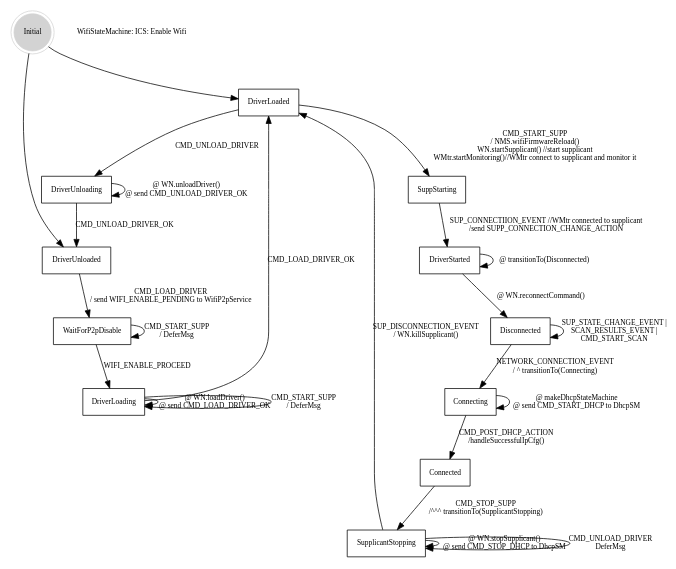
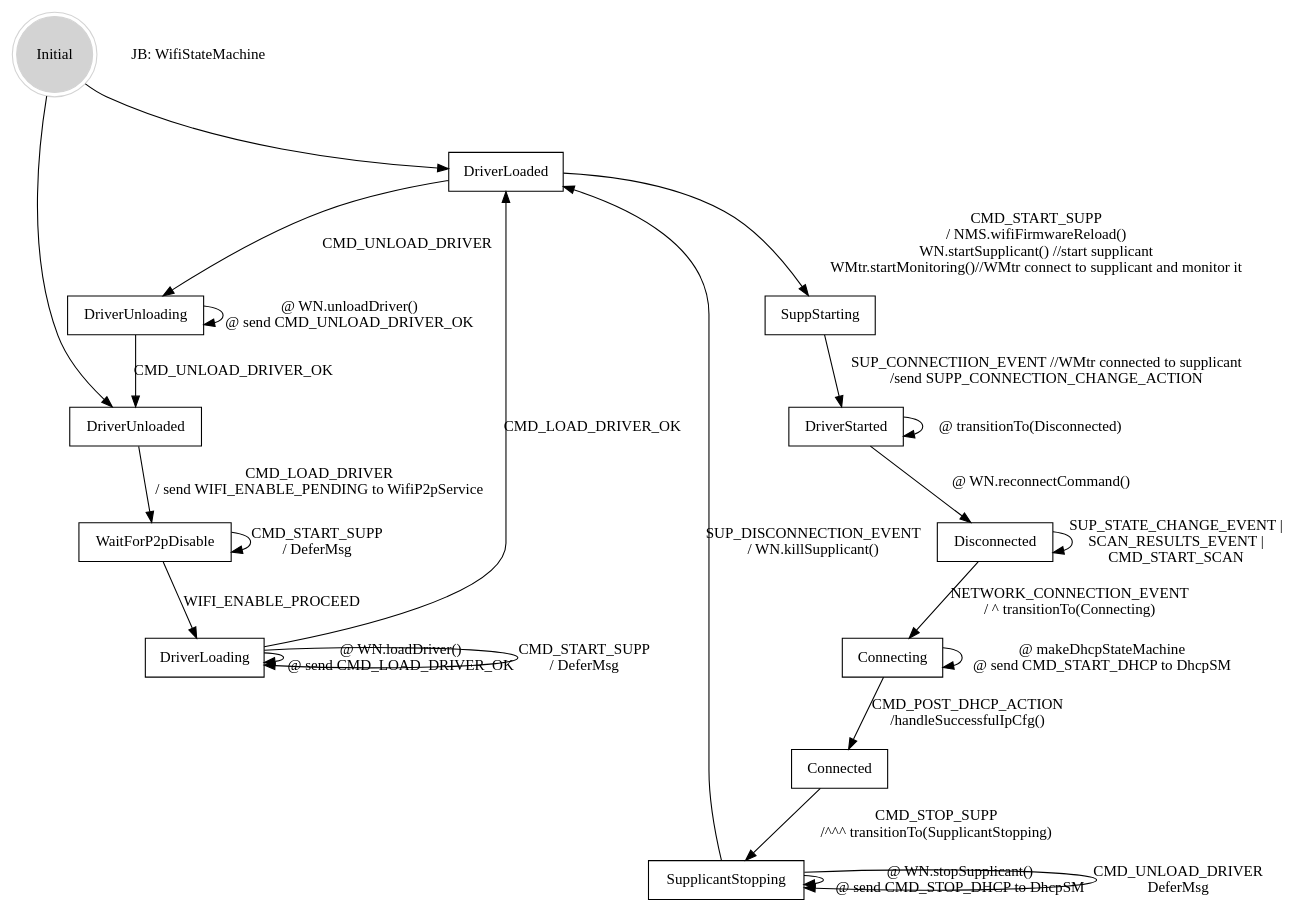
The diagram in JB_EnableWifi_ConnectAP_DisableWifi.dot (greatgauss/graphviz_script), drawn with Graphviz before and after one commit. The commit also changed 69 other files, not shown here.

```diff
--- a/JB_EnableWifi_ConnectAP_DisableWifi.dot
+++ b/JB_EnableWifi_ConnectAP_DisableWifi.dot
@@ -1,33 +1,32 @@
 
 digraph automata_0 {
-	size = "8.5, 11";
+	size = "20, 20";
 	fontname = "Microsoft YaHei";
-	fontsize = 15;
-	node [shape = record, fontname = "Microsoft YaHei", fontsize = 10];
-	edge [fontname = "Microsoft YaHei", fontsize = 10];
+	node [shape = record, fontname = "Microsoft YaHei"];
+	edge [fontname = "Microsoft YaHei"];
 	Initial [ style = filled, shape = doublecircle, color=lightgrey ];
 	Initial -> DriverLoaded [ label = " " ];
 	Initial-> DriverUnloaded  [ label = " " ];
 	DriverUnloaded   -> WaitForP2pDisable [ label = "CMD_LOAD_DRIVER\n/ send WIFI_ENABLE_PENDING to WifiP2pService" ];
 	WaitForP2pDisable -> WaitForP2pDisable [ label = "CMD_START_SUPP \n/ DeferMsg" ];
 	WaitForP2pDisable -> DriverLoading [ label = "WIFI_ENABLE_PROCEED" ];
 	DriverLoading -> DriverLoading [ label = "@ WN.loadDriver() \n @ send CMD_LOAD_DRIVER_OK " ];
 	DriverLoading -> DriverLoading [ label = "CMD_START_SUPP \n/ DeferMsg " ];
 	DriverLoading  -> DriverLoaded [ label = "CMD_LOAD_DRIVER_OK " ];
 	DriverLoaded  -> SuppStarting [ label = "CMD_START_SUPP\n/ NMS.wifiFirmwareReload() \n WN.startSupplicant() //start supplicant\n WMtr.startMonitoring()//WMtr connect to supplicant and monitor it " ];
 	SuppStarting  -> DriverStarted [ label = "SUP_CONNECTIION_EVENT //WMtr connected to supplicant\n/send SUPP_CONNECTION_CHANGE_ACTION " ];
 	DriverStarted -> DriverStarted [ label = "@ transitionTo(Disconnected) " ];
 	DriverStarted -> Disconnected[ label = "@ WN.reconnectCommand() " ];
 	Disconnected -> Disconnected[ label = "SUP_STATE_CHANGE_EVENT |\n SCAN_RESULTS_EVENT |\n CMD_START_SCAN" ];
 	Disconnected -> Connecting[ label = "NETWORK_CONNECTION_EVENT\n/ ^ transitionTo(Connecting) " ];
 	Connecting -> Connecting[ label = "@ makeDhcpStateMachine\n @ send CMD_START_DHCP to DhcpSM " ];
 	Connecting -> Connected[ label = "CMD_POST_DHCP_ACTION\n/handleSuccessfulIpCfg() " ];
 	Connected -> SupplicantStopping[ label = "CMD_STOP_SUPP\n/^^^ transitionTo(SupplicantStopping) " ];
 	SupplicantStopping-> SupplicantStopping[ label = "@ WN.stopSupplicant() \n @ send CMD_STOP_DHCP to DhcpSM " ];
 	SupplicantStopping-> SupplicantStopping[ label = "CMD_UNLOAD_DRIVER\n DeferMsg " ];
 	SupplicantStopping-> DriverLoaded[ label = "SUP_DISCONNECTION_EVENT\n/ WN.killSupplicant() " ];
 	DriverLoaded -> DriverUnloading[ label = "CMD_UNLOAD_DRIVER " ];
 	DriverUnloading -> DriverUnloading[ label = "@ WN.unloadDriver() \n @ send CMD_UNLOAD_DRIVER_OK" ];
 	DriverUnloading -> DriverUnloaded[ label = "CMD_UNLOAD_DRIVER_OK "];
-	"WifiStateMachine: ICS: Enable Wifi" [ shape = plaintext ];
+	"JB: WifiStateMachine" [ shape = plaintext ];
 }
```
